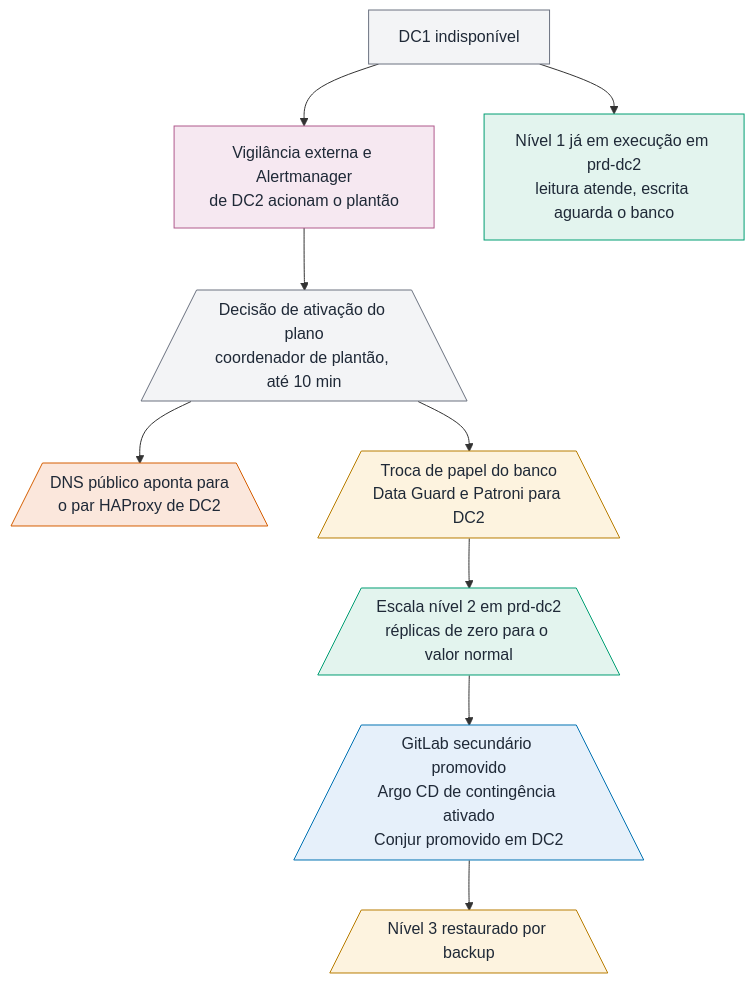
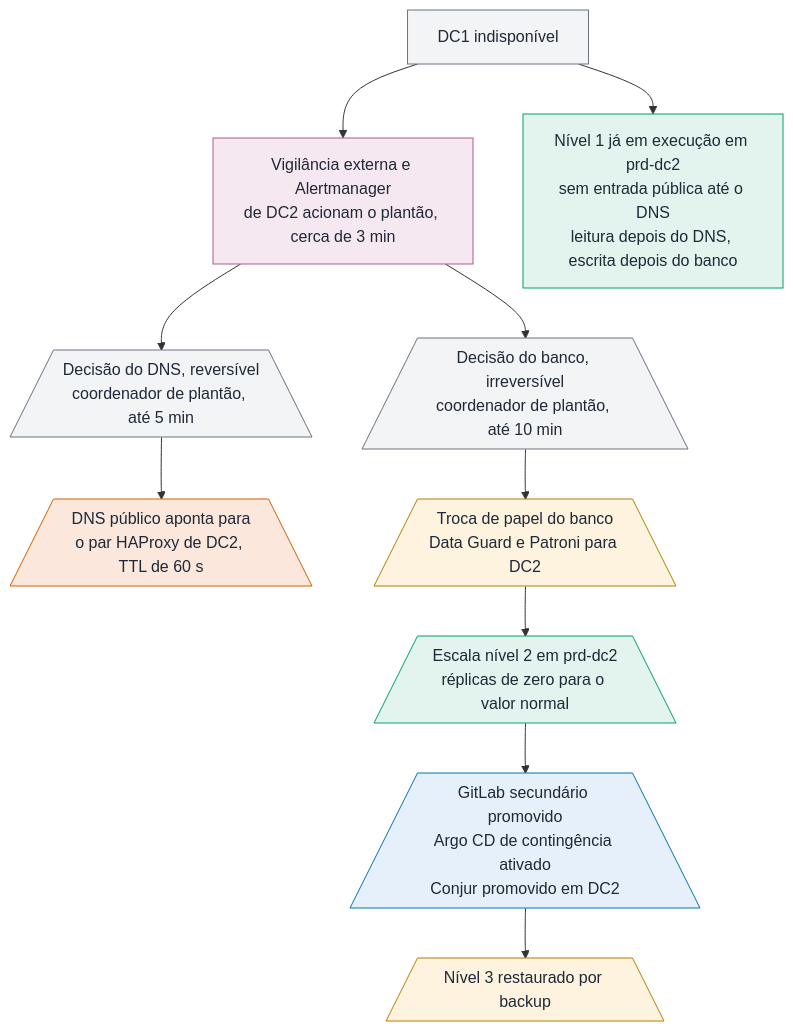
The diagram in docs/05-resiliencia.md (DiegoAmorimDev/plataforma-entrega-sefaz), drawn with Mermaid before and after one commit. The commit also changed other lines of this file and 34 other files, not shown here.

````diff
--- a/docs/05-resiliencia.md
+++ b/docs/05-resiliencia.md
@@ -135,24 +157,25 @@
 ```mermaid
 flowchart TD
-    E["DC1 indisponível"] --> D1["Vigilância externa e Alertmanager<br/>de DC2 acionam o plantão"]
-    E --> N1["Nível 1 já em execução em prd-dc2<br/>leitura atende, escrita aguarda o banco"]
-    D1 --> DEC[/"Decisão de ativação do plano<br/>coordenador de plantão, até 10 min"\]
-    DEC --> DNS[/"DNS público aponta para<br/>o par HAProxy de DC2"\]
+    E["DC1 indisponível"] --> D1["Vigilância externa e Alertmanager<br/>de DC2 acionam o plantão, cerca de 3 min"]
+    E --> N1["Nível 1 já em execução em prd-dc2<br/>sem entrada pública até o DNS<br/>leitura depois do DNS, escrita depois do banco"]
+    D1 --> DECD[/"Decisão do DNS, reversível<br/>coordenador de plantão, até 5 min"\]
+    D1 --> DEC[/"Decisão do banco, irreversível<br/>coordenador de plantão, até 10 min"\]
+    DECD --> DNS[/"DNS público aponta para<br/>o par HAProxy de DC2, TTL de 60 s"\]
     DEC --> DB[/"Troca de papel do banco<br/>Data Guard e Patroni para DC2"\]
     DB --> N2[/"Escala nível 2 em prd-dc2<br/>réplicas de zero para o valor normal"\]
     N2 --> GL[/"GitLab secundário promovido<br/>Argo CD de contingência ativado<br/>Conjur promovido em DC2"\]
     GL --> N3[/"Nível 3 restaurado por backup"\]
 
     classDef neutro fill:#F3F4F6,stroke:#6B7280,color:#1F2937
     classDef observacao fill:#F6E8F1,stroke:#B05A8C,color:#1F2937
     classDef execucao fill:#E3F4EE,stroke:#009E73,color:#1F2937
     classDef trafego fill:#FBE7DC,stroke:#D55E00,color:#1F2937
     classDef dados fill:#FDF3DF,stroke:#B87D00,color:#1F2937
     classDef entrega fill:#E6F0FA,stroke:#0072B2,color:#1F2937
-    class E,DEC neutro
+    class E,DEC,DECD neutro
     class D1 observacao
     class N1,N2 execucao
     class DNS trafego
     class DB,N3 dados
     class GL entrega
 ```
````
